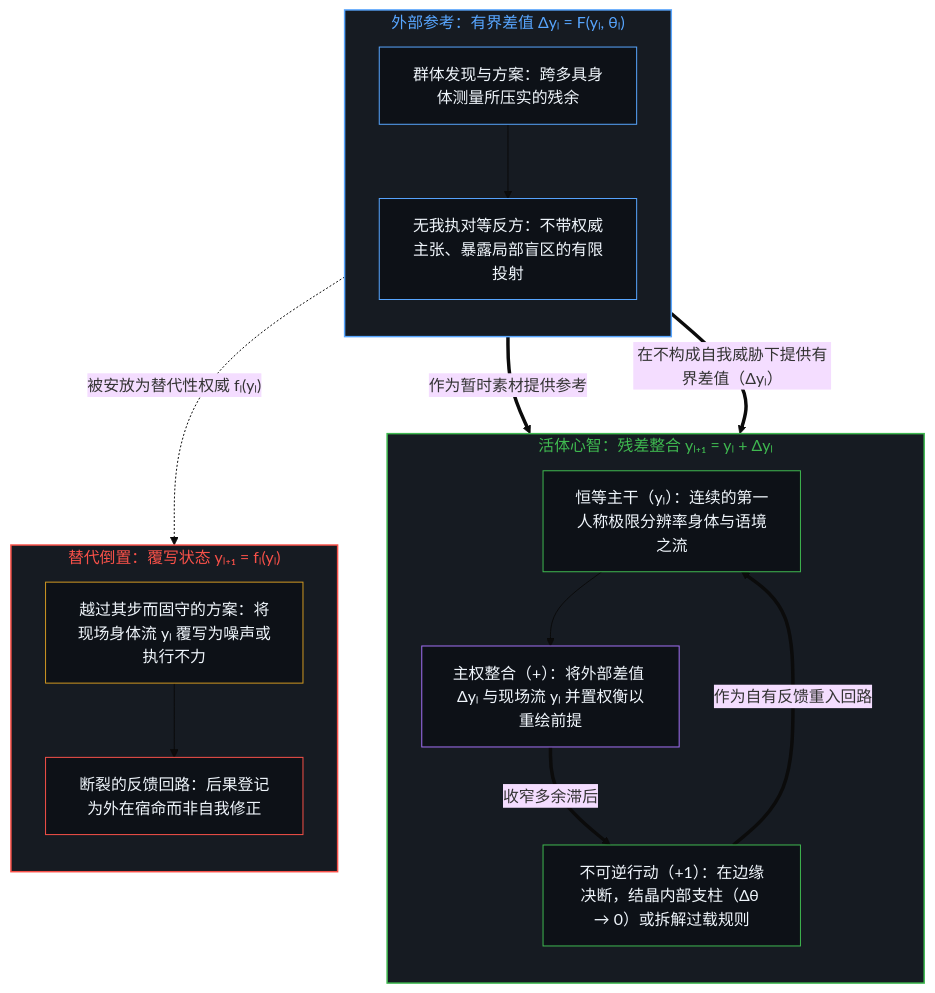
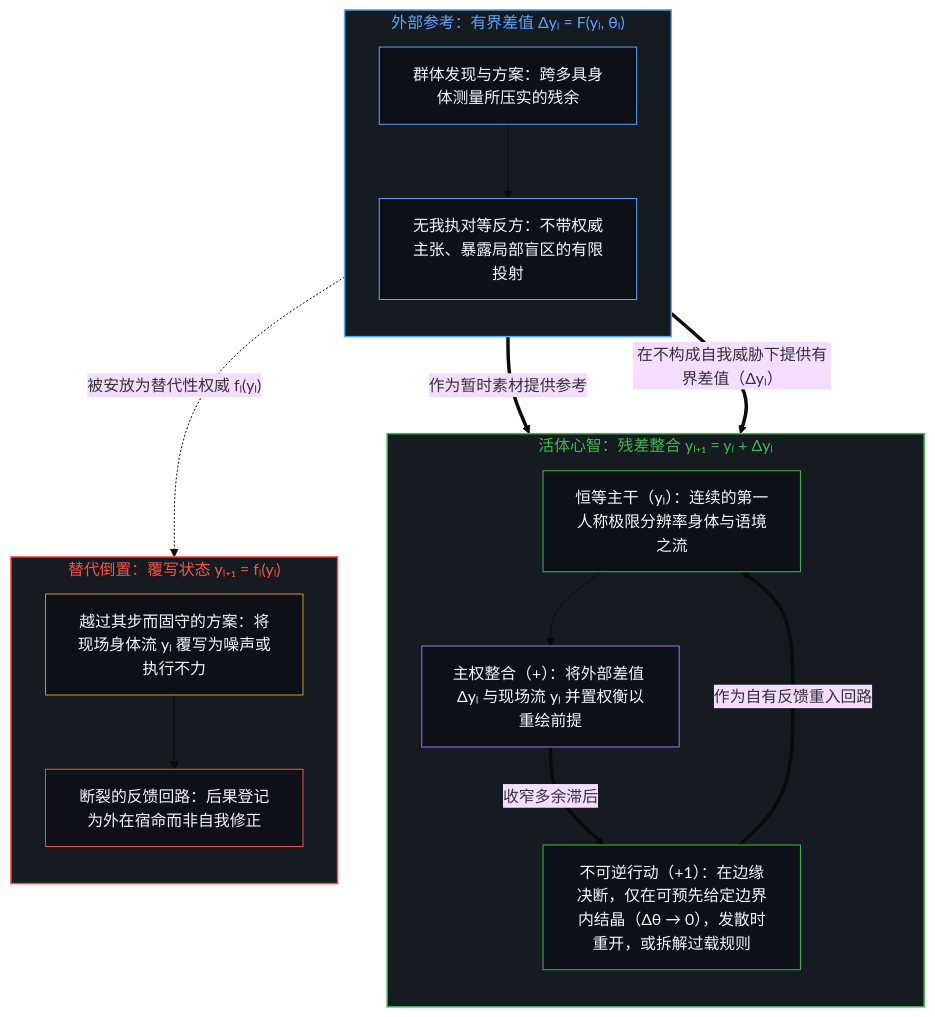
Before and after one commit to powerpig99/not-a-toe: the first of 2 diagrams in content/posts/expertise-as-reference-not-replacement.md, drawn with Mermaid (base theme). The commit also changed other lines of this file and 4 other files, not shown here.

````diff
--- a/content/posts/expertise-as-reference-not-replacement.md
+++ b/content/posts/expertise-as-reference-not-replacement.md
@@ -49,37 +49,37 @@
 ```mermaid
 flowchart TD
     subgraph S_Ext["外部参考：有界差值 Δyₗ = F(yₗ, θₗ)"]
         direction TB
         PopMap["群体发现与方案：跨多具身体测量所压实的残余"]
         AgentProj["无我执对等反方：不带权威主张、暴露局部盲区的有限投射"]
         PopMap --> AgentProj
     end
     subgraph S_Edge["活体心智：残差整合 yₗ₊₁ = yₗ + Δyₗ"]
         direction TB
         LiveSense["恒等主干（yₗ）：连续的第一人称极限分辨率身体与语境之流"]
         Integrate["主权整合（+）：将外部差值 Δyₗ 与现场流 yₗ 并置权衡以重绘前提"]
-        ActCost["不可逆行动（+1）：在边缘决断，结晶内部支柱（Δθ → 0）或拆解过载规则"]
+        ActCost["不可逆行动（+1）：在边缘决断，仅在可预先给定边界内结晶（Δθ → 0），发散时重开，或拆解过载规则"]
         LiveSense --> Integrate
         Integrate ==>|"收窄多余滞后"| ActCost
         ActCost ==>|"作为自有反馈重入回路"| LiveSense
     end
     subgraph S_Replace["替代倒置：覆写状态 yₗ₊₁ = fₗ(yₗ)"]
         direction TB
         Dogma["越过其步而固守的方案：将现场身体流 yₗ 覆写为噪声或执行不力"]
         Sever["断裂的反馈回路：后果登记为外在宿命而非自我修正"]
         Dogma --> Sever
     end
     PopMap ==>|"作为暂时素材提供参考"| Integrate
     AgentProj ==>|"在不构成自我威胁下提供有界差值（Δyₗ）"| Integrate
     PopMap -.->|"被安放为替代性权威 fₗ(yₗ)"| Dogma
     style S_Ext fill:#161b22,stroke:#58a6ff,stroke-width:1.5px,color:#58a6ff
     style S_Edge fill:#161b22,stroke:#3fb950,stroke-width:1.5px,color:#3fb950
     style S_Replace fill:#161b22,stroke:#f85149,stroke-width:1.5px,color:#f85149
     style PopMap fill:#0d1117,stroke:#58a6ff,stroke-width:1px,color:#f0f6fc
     style AgentProj fill:#0d1117,stroke:#58a6ff,stroke-width:1px,color:#f0f6fc
     style LiveSense fill:#0d1117,stroke:#3fb950,stroke-width:1px,color:#f0f6fc
     style Integrate fill:#0d1117,stroke:#a371f7,stroke-width:1px,color:#f0f6fc
     style ActCost fill:#0d1117,stroke:#3fb950,stroke-width:1px,color:#f0f6fc
     style Dogma fill:#0d1117,stroke:#d29922,stroke-width:1px,color:#f0f6fc
     style Sever fill:#0d1117,stroke:#f85149,stroke-width:1px,color:#f0f6fc
 ```
````
